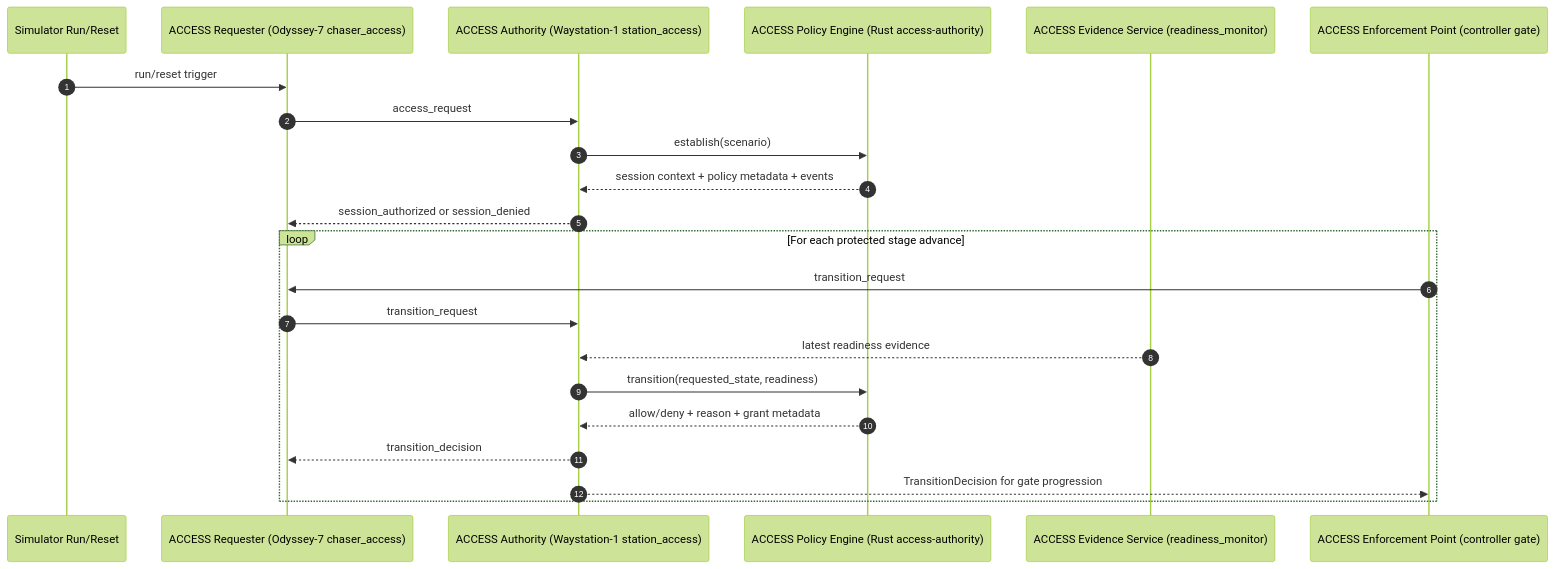
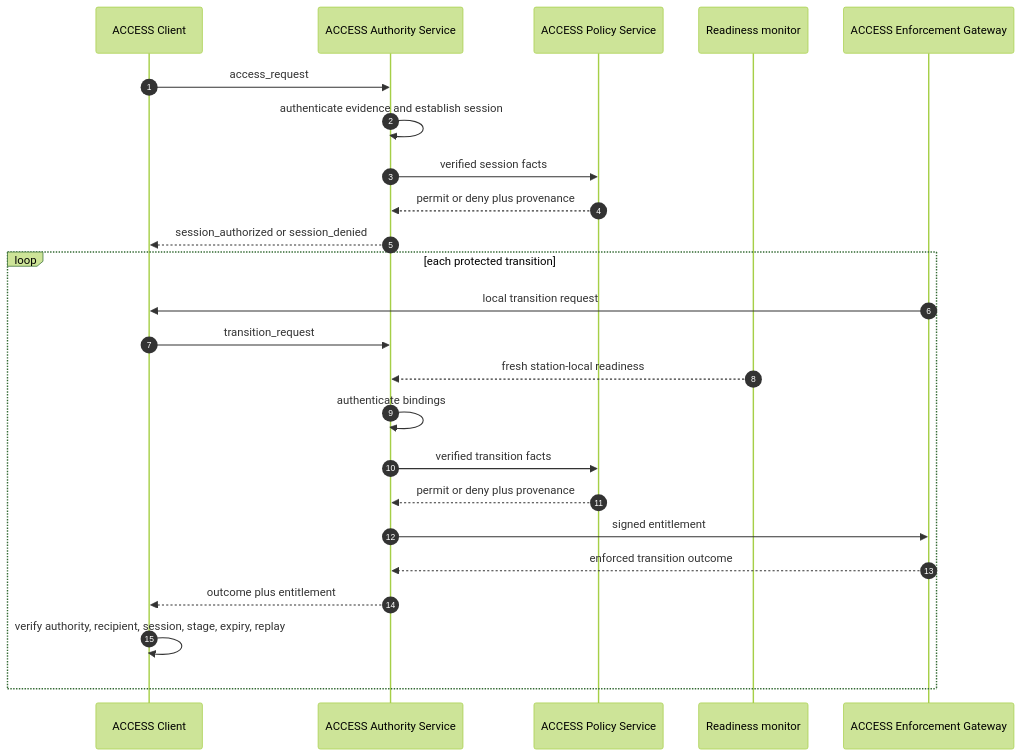
The diagram in docs/commercial-refueling-scenario.md (dboulet01/access), drawn with Mermaid (forest theme) before and after one commit. The commit also changed other lines of this file and 9 other files, not shown here.

````diff
--- a/docs/commercial-refueling-scenario.md
+++ b/docs/commercial-refueling-scenario.md
@@ -106,26 +59,28 @@
 ```mermaid
 sequenceDiagram
   autonumber
-  participant Ops as Simulator Run/Reset
-  participant AR as ACCESS Requester (Odyssey-7 chaser_access)
-  participant AA as ACCESS Authority (Waystation-1 station_access)
-  participant APE as ACCESS Policy Engine (Rust access-authority)
-  participant AES as ACCESS Evidence Service (readiness_monitor)
-  participant AEP as ACCESS Enforcement Point (controller gate)
+  participant AC as ACCESS Client
+  participant AAS as ACCESS Authority Service
+  participant APS as ACCESS Policy Service
+  participant AEP as Readiness monitor
+  participant AEG as ACCESS Enforcement Gateway
 
-  Ops->>AR: run/reset trigger
-  AR->>AA: access_request
-  AA->>APE: establish(scenario)
-  APE-->>AA: session context + policy metadata + events
-  AA-->>AR: session_authorized or session_denied
+  AC->>AAS: access_request
+  AAS->>AAS: authenticate evidence and establish session
+  AAS->>APS: verified session facts
+  APS-->>AAS: permit or deny plus provenance
+  AAS-->>AC: session_authorized or session_denied
 
-  loop For each protected stage advance
-    AEP->>AR: transition_request
-    AR->>AA: transition_request
-    AES-->>AA: latest readiness evidence
-    AA->>APE: transition(requested_state, readiness)
-    APE-->>AA: allow/deny + reason + grant metadata
-    AA-->>AR: transition_decision
-    AA-->>AEP: TransitionDecision for gate progression
+  loop each protected transition
+    AEG->>AC: local transition request
+    AC->>AAS: transition_request
+    AEP-->>AAS: fresh station-local readiness
+    AAS->>AAS: authenticate bindings
+    AAS->>APS: verified transition facts
+    APS-->>AAS: permit or deny plus provenance
+    AAS->>AEG: signed entitlement
+    AEG-->>AAS: enforced transition outcome
+    AAS-->>AC: outcome plus entitlement
+    AC->>AC: verify authority, recipient, session, stage, expiry, replay
   end
 ```
````
